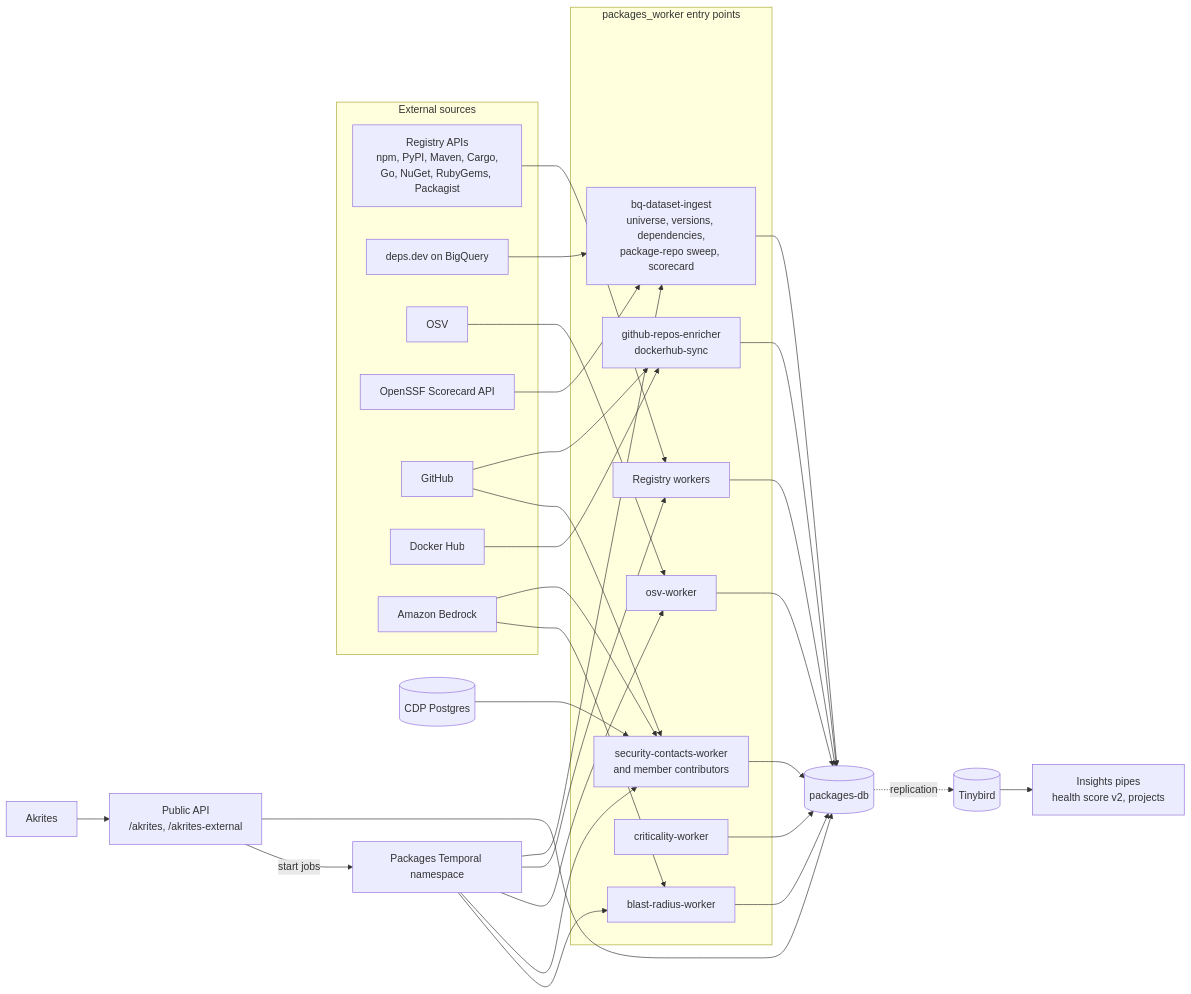
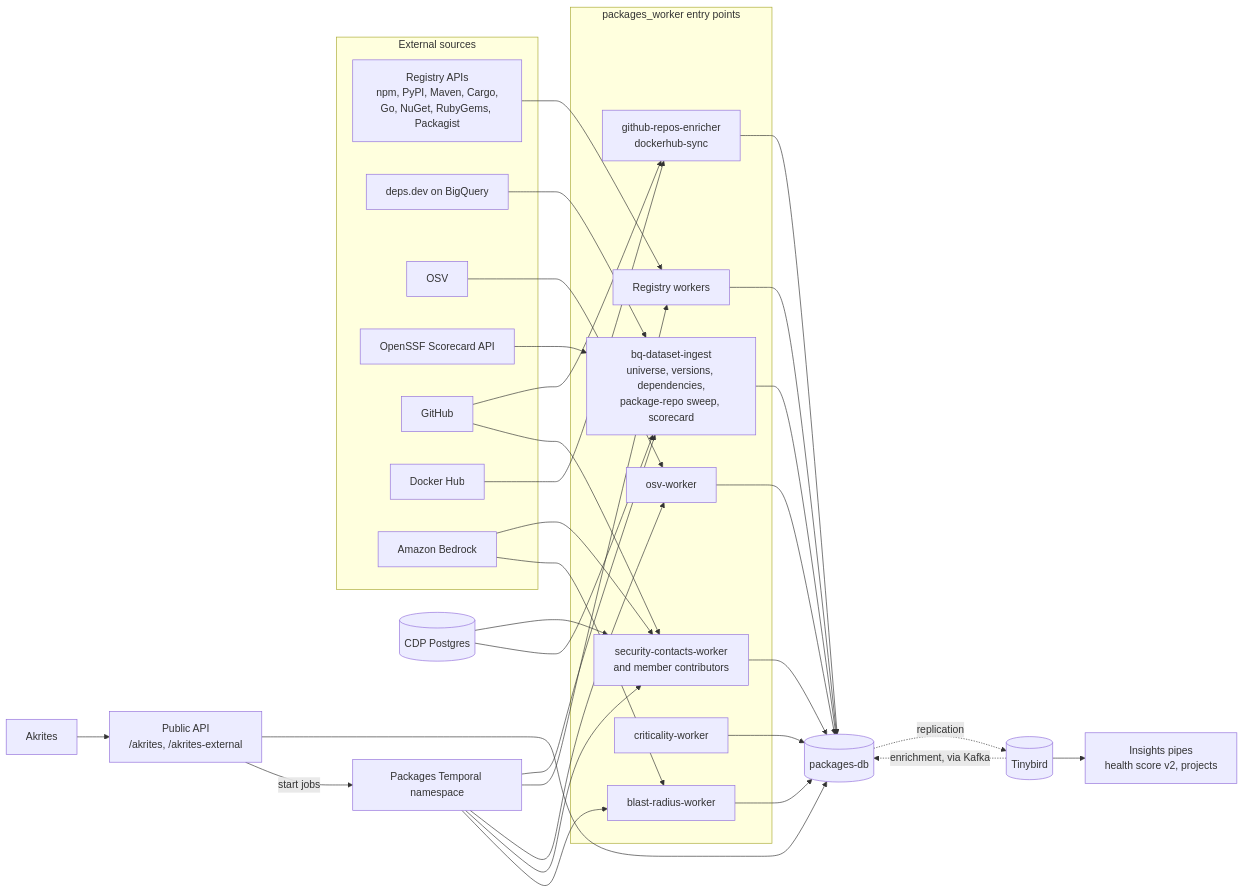
Before and after one commit to linuxfoundation/crowd.dev: the first of 2 diagrams in docs/design/packages.md, drawn with Mermaid. The commit also changed other lines of this file and 3 other files, not shown here.

````diff
--- a/docs/design/packages.md
+++ b/docs/design/packages.md
@@ -33,61 +36,63 @@
 ```mermaid
 flowchart LR
     subgraph sources["External sources"]
         reg["Registry APIs<br/>npm, PyPI, Maven, Cargo,<br/>Go, NuGet, RubyGems, Packagist"]
         bq["deps.dev on BigQuery"]
         osv["OSV"]
         sc["OpenSSF Scorecard API"]
         gh["GitHub"]
         dh["Docker Hub"]
         llm["Amazon Bedrock"]
     end
 
     subgraph workers["packages_worker entry points"]
         ingest["bq-dataset-ingest<br/>universe, versions, dependencies,<br/>package-repo sweep, scorecard"]
         regw["Registry workers"]
         osvw["osv-worker"]
         enr["github-repos-enricher<br/>dockerhub-sync"]
         scw["security-contacts-worker<br/>and member contributors"]
         crit["criticality-worker"]
         br["blast-radius-worker"]
     end
 
     pdb[("packages-db")]
     cdpdb[("CDP Postgres")]
     tmp["Packages Temporal namespace"]
     api["Public API<br/>/akrites, /akrites-external"]
     tb[("Tinybird")]
     ins["Insights pipes<br/>health score v2, projects"]
     ak["Akrites"]
 
     bq --> ingest
     sc --> ingest
     reg --> regw
     osv --> osvw
     gh --> enr
     dh --> enr
     gh --> scw
     llm --> scw
     llm --> br
 
     ingest --> pdb
     regw --> pdb
     osvw --> pdb
     enr --> pdb
     scw --> pdb
     crit --> pdb
     br --> pdb
     cdpdb --> scw
+    cdpdb --> ingest
 
     tmp --> ingest
     tmp --> regw
     tmp --> osvw
     tmp --> scw
     tmp --> br
 
     ak --> api
     api --> pdb
     api -->|"start jobs"| tmp
     pdb -.->|replication| tb
+    tb -.->|"enrichment, via Kafka"| pdb
     tb --> ins
 ```
````
